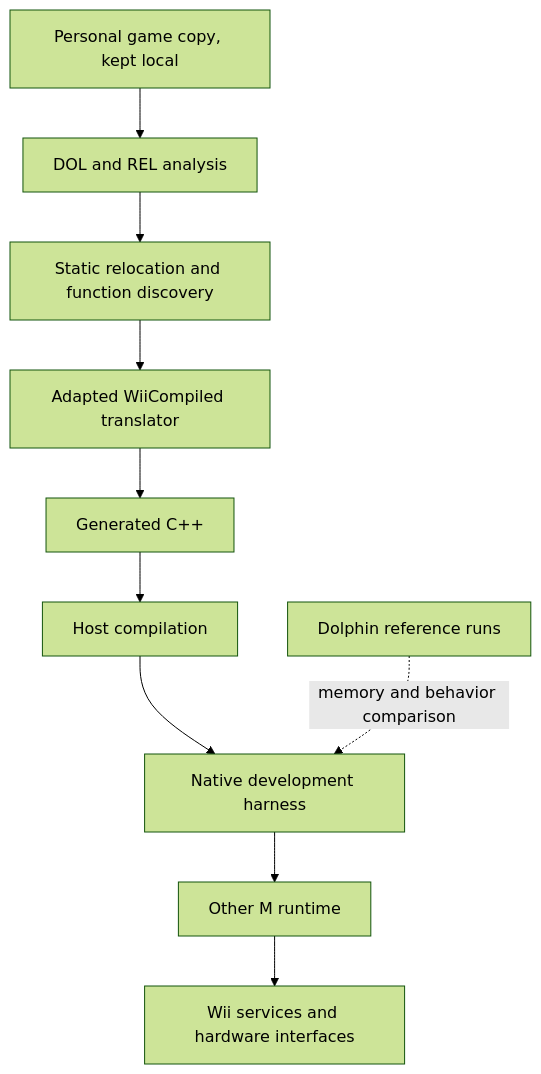
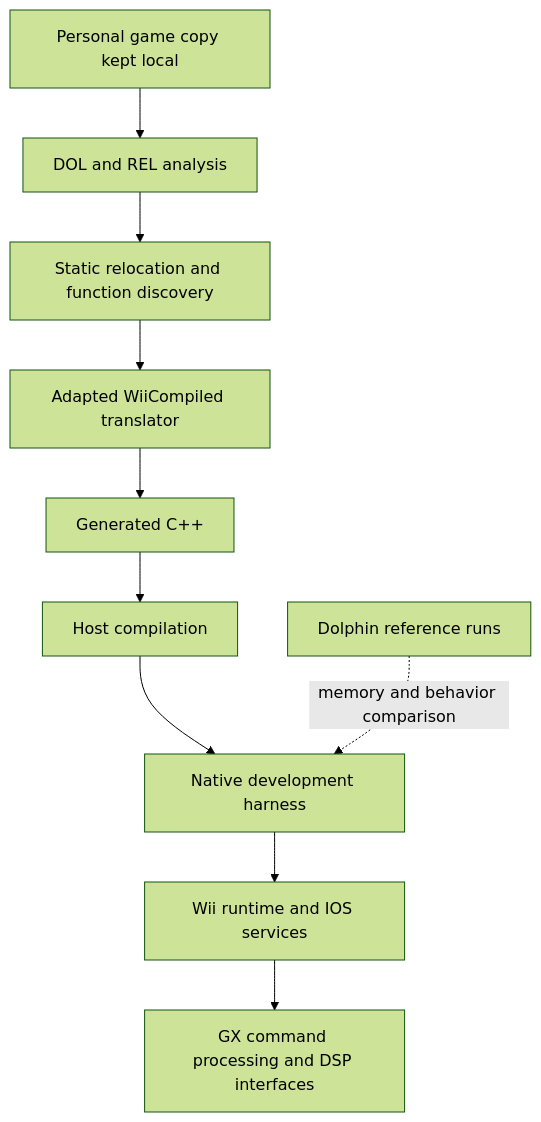
The diagram in docs/ARCHITECTURE.md (Petrus-Canisius/Metroid-Other-M-Native-HD), drawn with Mermaid (forest theme) before and after one commit. The commit also changed other lines of this file, not shown here.

Commit message:
docs: update native GX, RVZ and DSP milestone in docs/ARCHITECTURE.md

````diff
--- a/docs/ARCHITECTURE.md
+++ b/docs/ARCHITECTURE.md
@@ -9,12 +9,12 @@
 ```mermaid
 flowchart TD
-    A[Personal game copy, kept local] --> B[DOL and REL analysis]
+    A[Personal game copy kept local] --> B[DOL and REL analysis]
     B --> C[Static relocation and function discovery]
     C --> D[Adapted WiiCompiled translator]
     D --> E[Generated C++]
     E --> F[Host compilation]
     F --> G[Native development harness]
-    G --> H[Other M runtime]
-    H --> I[Wii services and hardware interfaces]
+    G --> H[Wii runtime and IOS services]
+    H --> I[GX command processing and DSP interfaces]
     J[Dolphin reference runs] -. memory and behavior comparison .-> G
 ```
````
